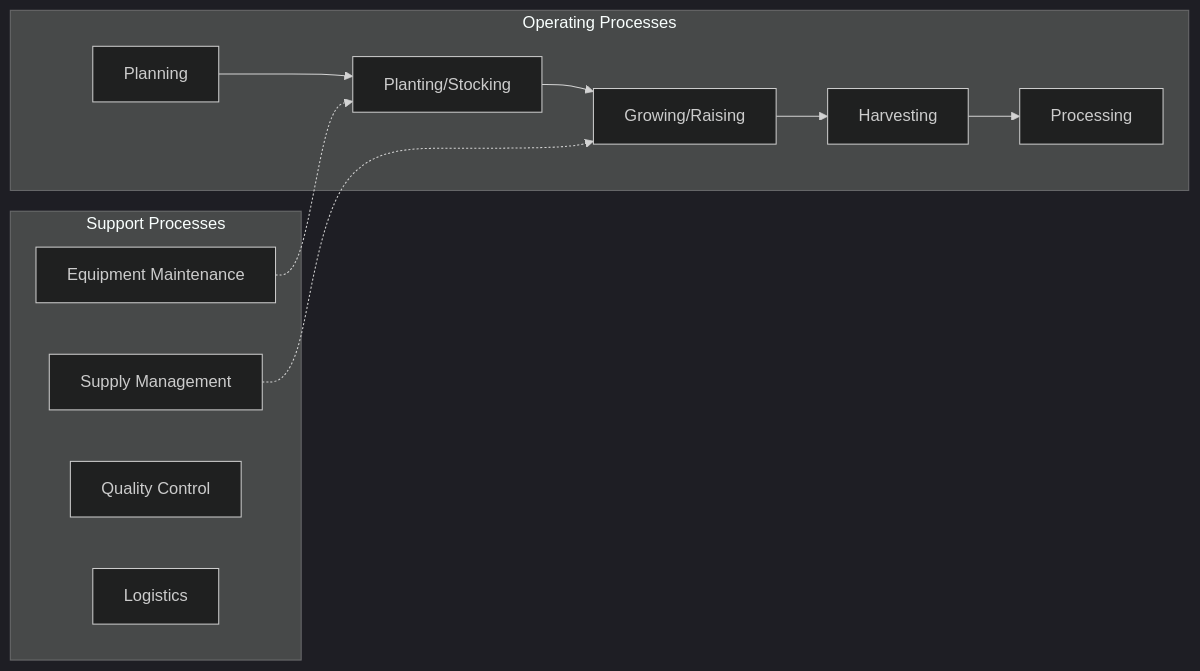
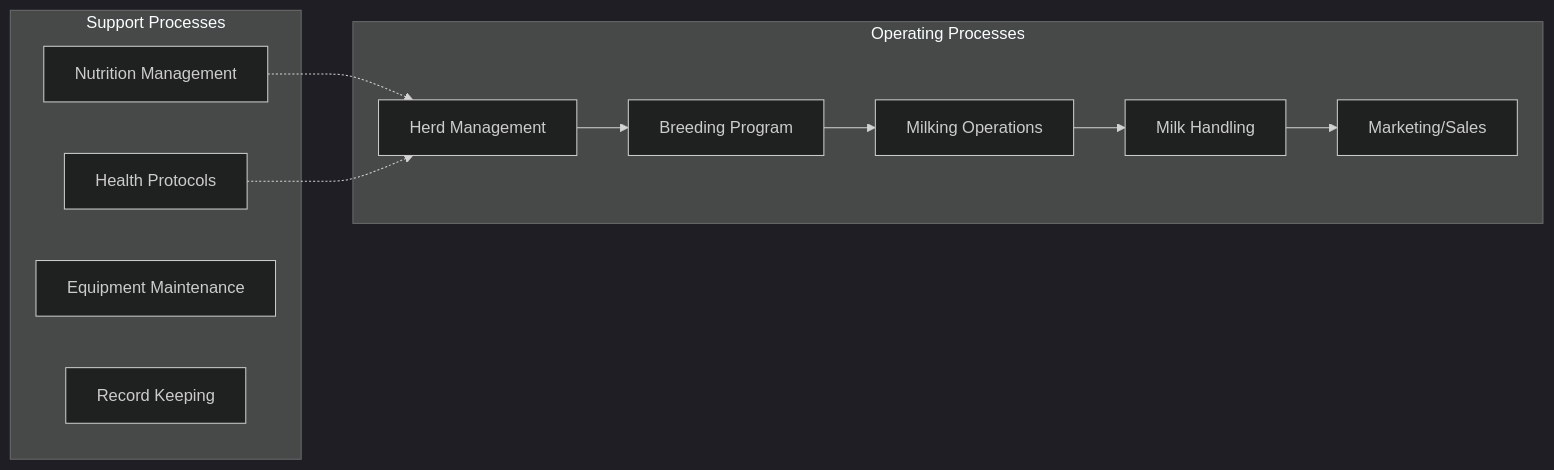
The second of 3 diagrams in industries/Agriculture/AnimalProduction/Farming/DairyCattle.mdx (kziemski/business.org.ai), drawn with Mermaid (dark theme) before and after one commit. The commit also changed other lines of this file and 19 other files, not shown here.

First line of the commit message:
feat: enrich industry files and add sequence diagrams to processes

````diff
--- a/industries/Agriculture/AnimalProduction/Farming/DairyCattle.mdx
+++ b/industries/Agriculture/AnimalProduction/Farming/DairyCattle.mdx
@@ -47,24 +64,24 @@
 ```mermaid
 flowchart LR
     subgraph Operating["Operating Processes"]
-        O1["Planning"]
-        O2["Planting/Stocking"]
-        O3["Growing/Raising"]
-        O4["Harvesting"]
-        O5["Processing"]
+        O1["Herd Management"]
+        O2["Breeding Program"]
+        O3["Milking Operations"]
+        O4["Milk Handling"]
+        O5["Marketing/Sales"]
     end
 
     subgraph Support["Support Processes"]
-        S1["Equipment Maintenance"]
-        S2["Supply Management"]
-        S3["Quality Control"]
-        S4["Logistics"]
+        S1["Nutrition Management"]
+        S2["Health Protocols"]
+        S3["Equipment Maintenance"]
+        S4["Record Keeping"]
     end
 
     O1 --> O2
     O2 --> O3
     O3 --> O4
     O4 --> O5
-    S1 -.-> O2
-    S2 -.-> O3
+    S1 -.-> O1
+    S2 -.-> O1
 ```
````
